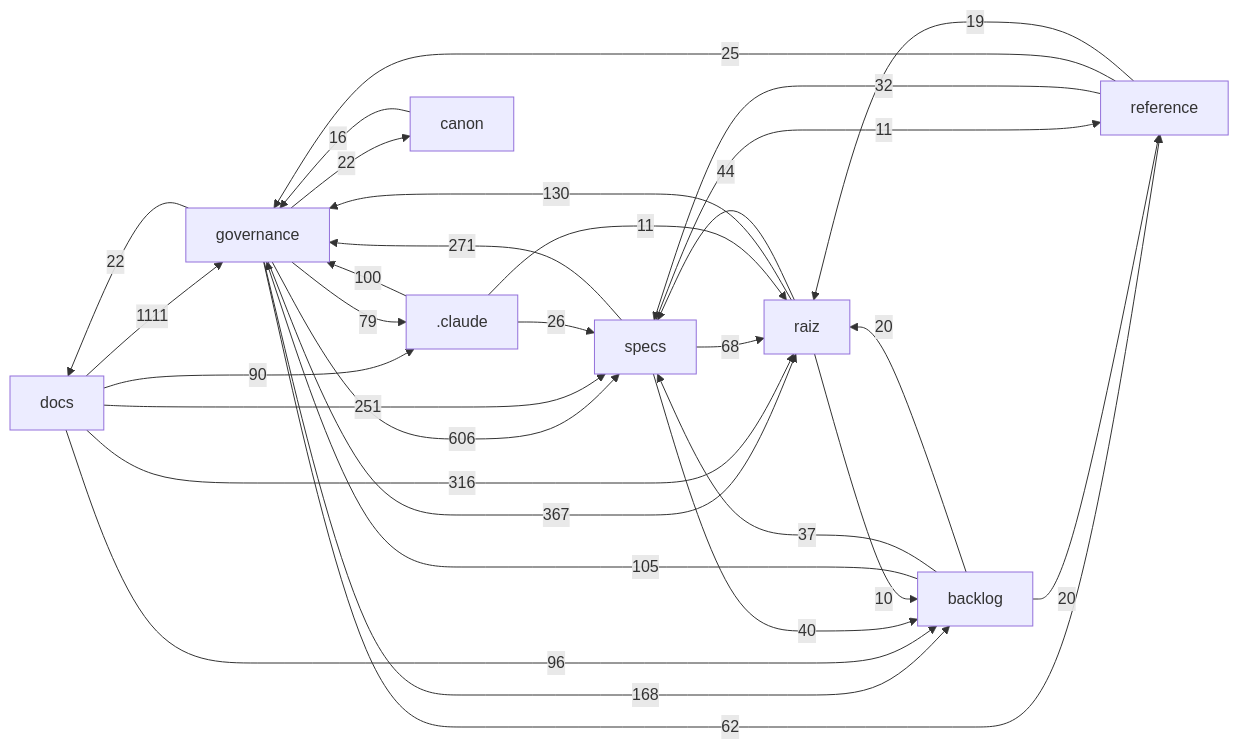
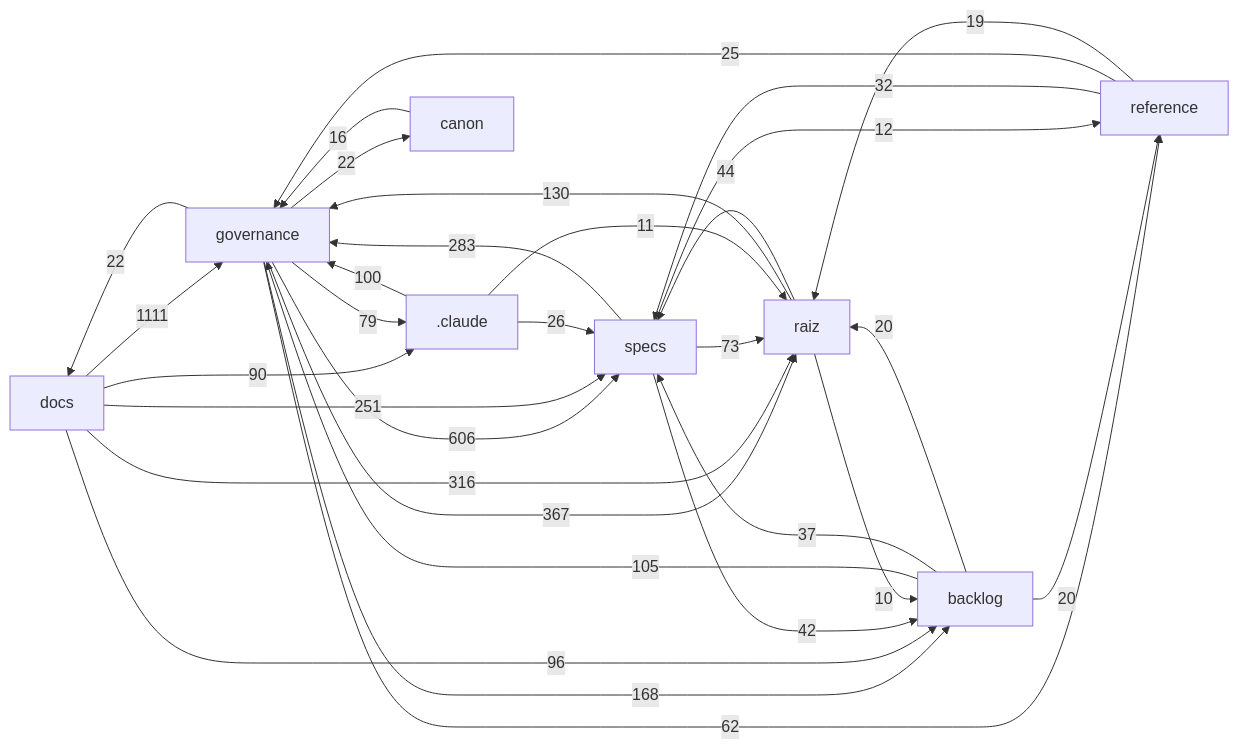
The diagram in docs/mapa/MAPA-PROJETO.md (Andraus35/Sistema-Operacional-de-Trading--SOT), drawn with Mermaid before and after one commit. The commit also changed other lines of this file and 17 other files, not shown here.

````diff
--- a/docs/mapa/MAPA-PROJETO.md
+++ b/docs/mapa/MAPA-PROJETO.md
@@ -29,33 +29,33 @@
 ```mermaid
 flowchart LR
   docs["docs"] -->|1111| governance["governance"]
   governance["governance"] -->|606| specs["specs"]
   governance["governance"] -->|367| raiz["raiz"]
   docs["docs"] -->|316| raiz["raiz"]
-  specs["specs"] -->|271| governance["governance"]
+  specs["specs"] -->|283| governance["governance"]
   docs["docs"] -->|251| specs["specs"]
   governance["governance"] -->|168| backlog["backlog"]
   raiz["raiz"] -->|130| governance["governance"]
   backlog["backlog"] -->|105| governance["governance"]
   _claude[".claude"] -->|100| governance["governance"]
   docs["docs"] -->|96| backlog["backlog"]
   docs["docs"] -->|90| _claude[".claude"]
   governance["governance"] -->|79| _claude[".claude"]
-  specs["specs"] -->|68| raiz["raiz"]
+  specs["specs"] -->|73| raiz["raiz"]
   governance["governance"] -->|62| reference["reference"]
   raiz["raiz"] -->|44| specs["specs"]
-  specs["specs"] -->|40| backlog["backlog"]
+  specs["specs"] -->|42| backlog["backlog"]
   backlog["backlog"] -->|37| specs["specs"]
   reference["reference"] -->|32| specs["specs"]
   _claude[".claude"] -->|26| specs["specs"]
   reference["reference"] -->|25| governance["governance"]
   governance["governance"] -->|22| docs["docs"]
   governance["governance"] -->|22| canon["canon"]
   backlog["backlog"] -->|20| raiz["raiz"]
   backlog["backlog"] -->|20| reference["reference"]
   reference["reference"] -->|19| raiz["raiz"]
   canon["canon"] -->|16| governance["governance"]
+  specs["specs"] -->|12| reference["reference"]
   _claude[".claude"] -->|11| raiz["raiz"]
-  specs["specs"] -->|11| reference["reference"]
   raiz["raiz"] -->|10| backlog["backlog"]
 ```
````
